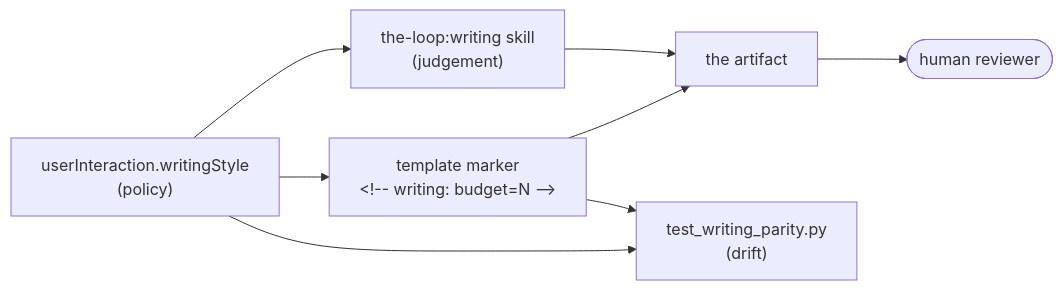
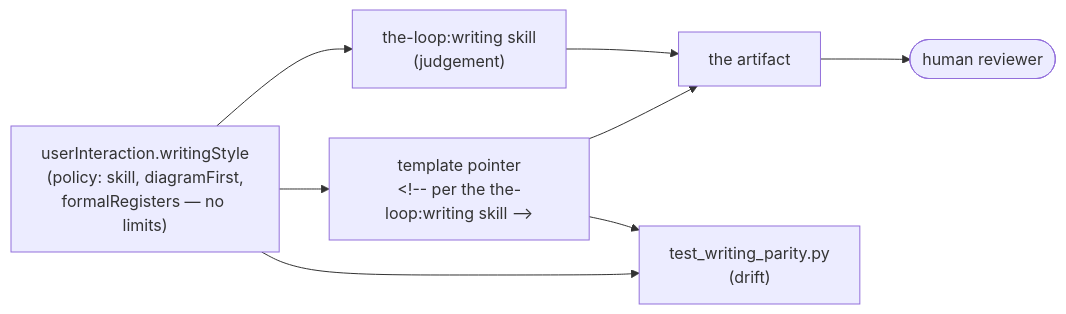
The diagram in docs/capabilities/writing-style.md (MadaraUchiha-314/the-loop), drawn with Mermaid before and after one commit. The commit also changed other lines of this file and 31 other files, not shown here.

````diff
--- a/docs/capabilities/writing-style.md
+++ b/docs/capabilities/writing-style.md
@@ -18,10 +23,10 @@
 ```mermaid
 flowchart LR
-  C["userInteraction.writingStyle<br/>(policy)"] --> S["the-loop:writing skill<br/>(judgement)"]
-  C --> T["template marker<br/>&lt;!-- writing: budget=N --&gt;"]
+  C["userInteraction.writingStyle<br/>(policy: skill, diagramFirst,<br/>formalRegisters — no limits)"] --> S["the-loop:writing skill<br/>(judgement)"]
+  C --> T["template pointer<br/>&lt;!-- per the the-loop:writing skill --&gt;"]
   S --> A["the artifact"]
   T --> A
   C --> P["test_writing_parity.py<br/>(drift)"]
   T --> P
   A --> R([human reviewer])
 ```
````
